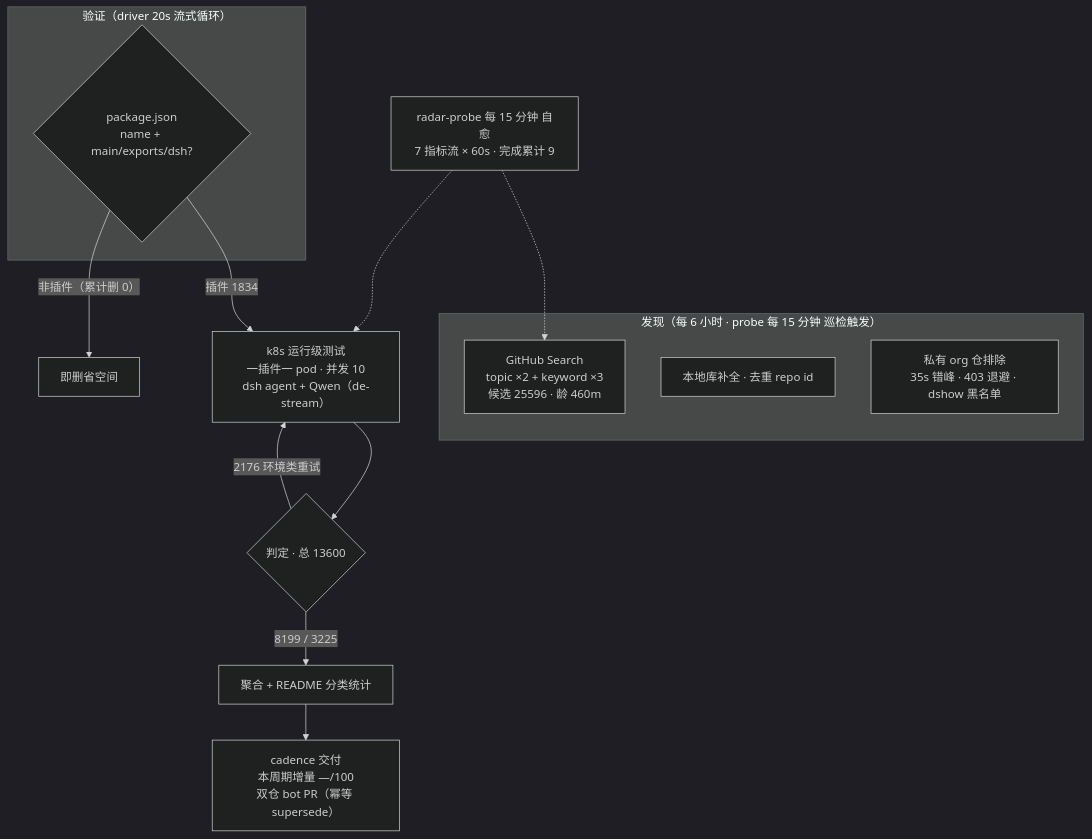
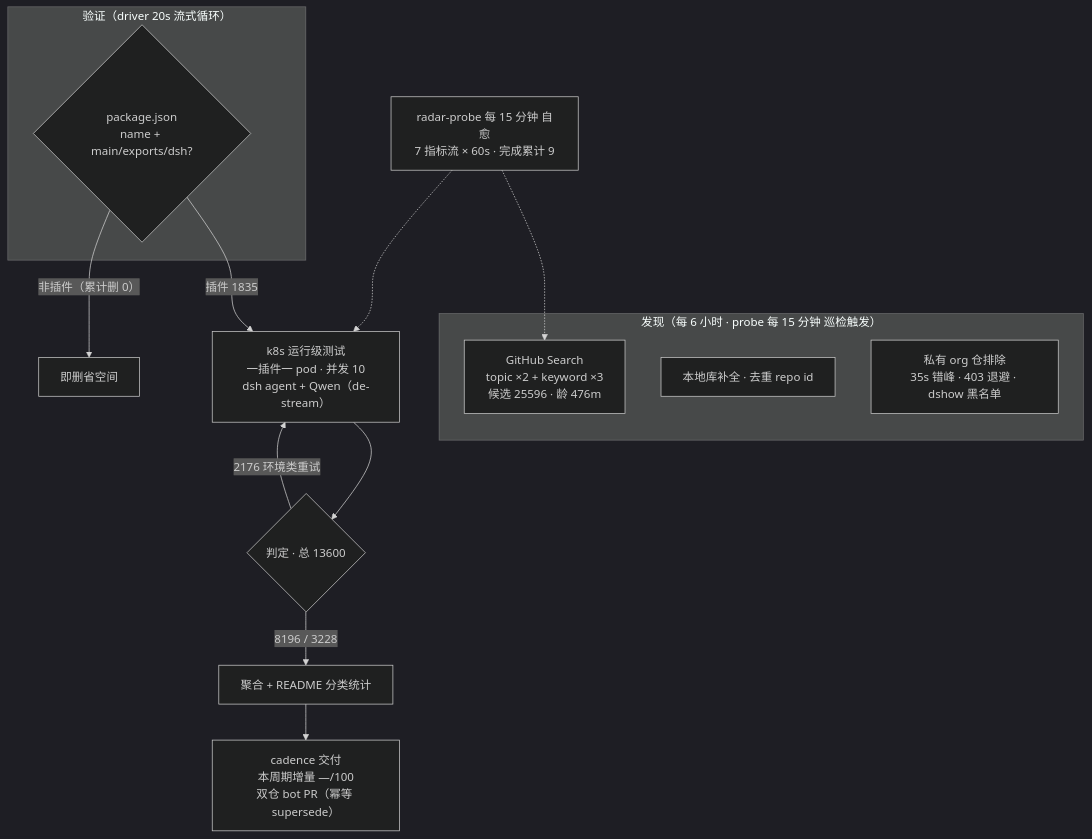
The diagram in README.md (Zhidao-Lab-OSS/awesome-dsh-plugins), drawn with Mermaid (dark theme) before and after one commit. The commit also changed other lines of this file and 1 other file, not shown here.

````diff
--- a/README.md
+++ b/README.md
@@ -159,20 +159,20 @@
 ```mermaid
 flowchart TB
     subgraph Discovery["发现（每 6 小时 · probe 每 15 分钟 巡检触发）"]
-        A1["GitHub Search<br/>topic ×2 + keyword ×3<br/>候选 25596 · 龄 460m"]
+        A1["GitHub Search<br/>topic ×2 + keyword ×3<br/>候选 25596 · 龄 476m"]
         A2["本地库补全 · 去重 repo id"]
         A3["私有 org 仓排除<br/>35s 错峰 · 403 退避 · dshow 黑名单"]
     end
     subgraph Validation["验证（driver 20s 流式循环）"]
         B1{"package.json<br/>name + main/exports/dsh?"}
     end
-    B1 -->|"插件 1834"| C1["k8s 运行级测试<br/>一插件一 pod · 并发 10<br/>dsh agent + Qwen（de-stream）"]
+    B1 -->|"插件 1835"| C1["k8s 运行级测试<br/>一插件一 pod · 并发 10<br/>dsh agent + Qwen（de-stream）"]
     B1 -->|"非插件（累计删 0）"| B3["即删省空间"]
     C1 --> D1{"判定 · 总 13600"}
-    D1 -->|"8199 / 3225"| E1["聚合 + README 分类统计"]
+    D1 -->|"8196 / 3228"| E1["聚合 + README 分类统计"]
     D1 -->|"2176 环境类重试"| C1
     E1 --> E2["cadence 交付<br/>本周期增量 —/100<br/>双仓 bot PR（幂等 supersede）"]
     M["radar-probe 每 15 分钟 自愈<br/>7 指标流 × 60s · 完成累计 9"]
     M -.-> A1
     M -.-> C1
 ```
````
